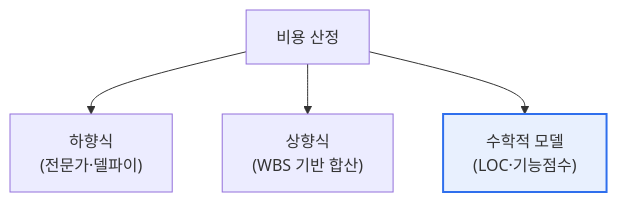
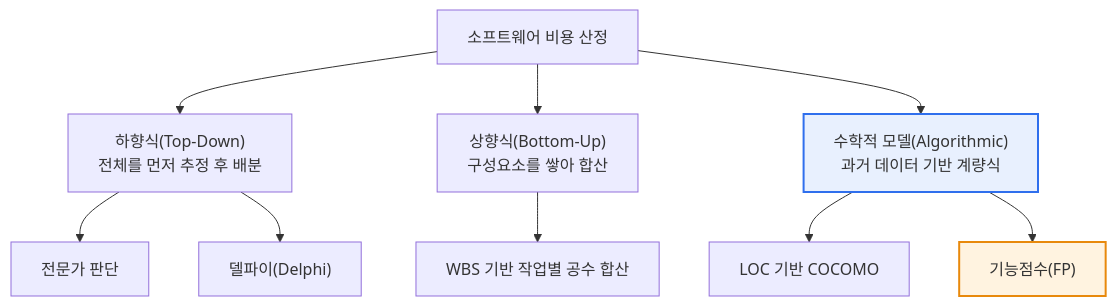
Before and after one commit to coninggu/wjdqhrhksflrltnftk: the first of 2 diagrams in content/sw-cost-estimation.md, drawn with Mermaid. The commit also changed other lines of this file and 3 other files, not shown here.

````diff
--- a/content/sw-cost-estimation.md
+++ b/content/sw-cost-estimation.md
@@ -15,7 +22,13 @@
 ```mermaid
 flowchart TB
-  C[비용 산정] --> T["하향식<br/>(전문가·델파이)"]
-  C --> B["상향식<br/>(WBS 기반 합산)"]
-  C --> M["수학적 모델<br/>(LOC·기능점수)"]
-  style M fill:#e8f0fe,stroke:#2f6fed,stroke-width:2px
+  C["소프트웨어 비용 산정"] --> TD["하향식(Top-Down)<br/>전체를 먼저 추정 후 배분"]
+  C --> BU["상향식(Bottom-Up)<br/>구성요소를 쌓아 합산"]
+  C --> AL["수학적 모델(Algorithmic)<br/>과거 데이터 기반 계량식"]
+  TD --> TD1["전문가 판단"]
+  TD --> TD2["델파이(Delphi)"]
+  BU --> BU1["WBS 기반 작업별 공수 합산"]
+  AL --> AL1["LOC 기반 COCOMO"]
+  AL --> AL2["기능점수(FP)"]
+  style AL fill:#e8f0fe,stroke:#2f6fed,stroke-width:2px
+  style AL2 fill:#fff3e0,stroke:#e8890c,stroke-width:2px
 ```
````
